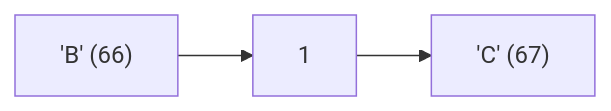
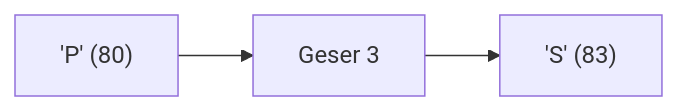
Before and after one commit to amnahwaida/OSNK_INF_PREP: the tenth of 25 diagrams in part-c-pemahaman-cpp/01-tipe-data/latihan/set-05.md, drawn with Mermaid. The commit also changed other lines of this file and 71 other files, not shown here.

````diff
--- a/part-c-pemahaman-cpp/01-tipe-data/latihan/set-05.md
+++ b/part-c-pemahaman-cpp/01-tipe-data/latihan/set-05.md
@@ -238,5 +281,5 @@
 ```mermaid
 graph LR
-A["'B' (66)"] --> B["1"]
-B --> C["'C' (67)"]
+A["'P' (80)"] --> B["Geser 3"]
+B --> C["'S' (83)"]
 ```
````
